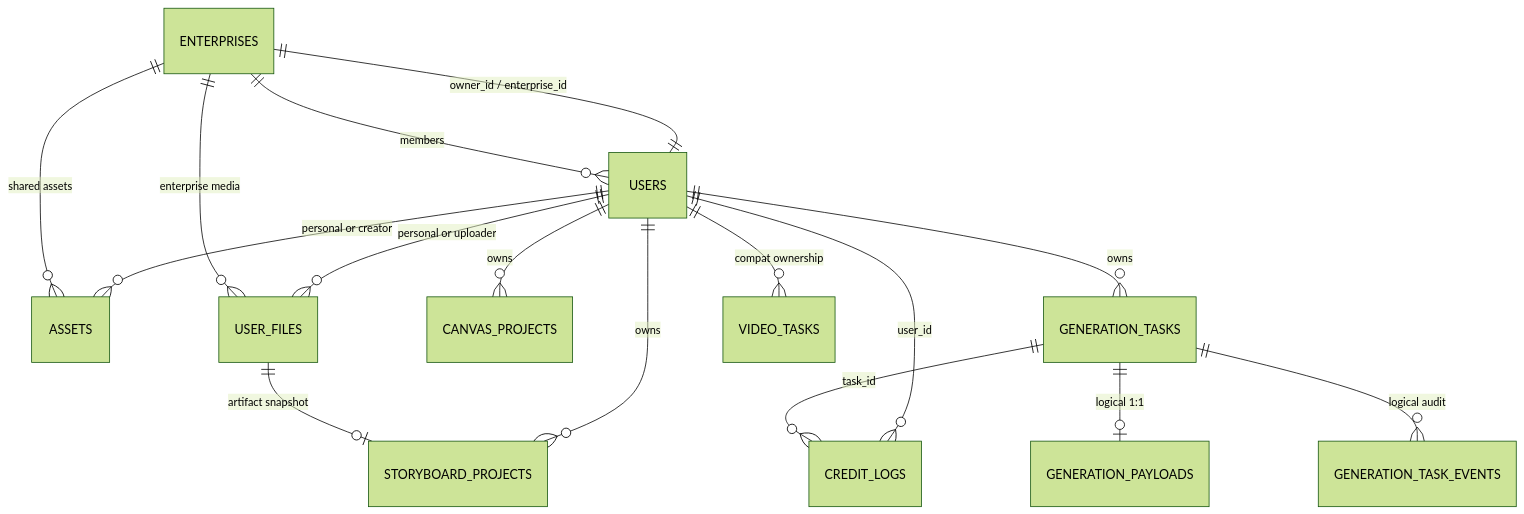
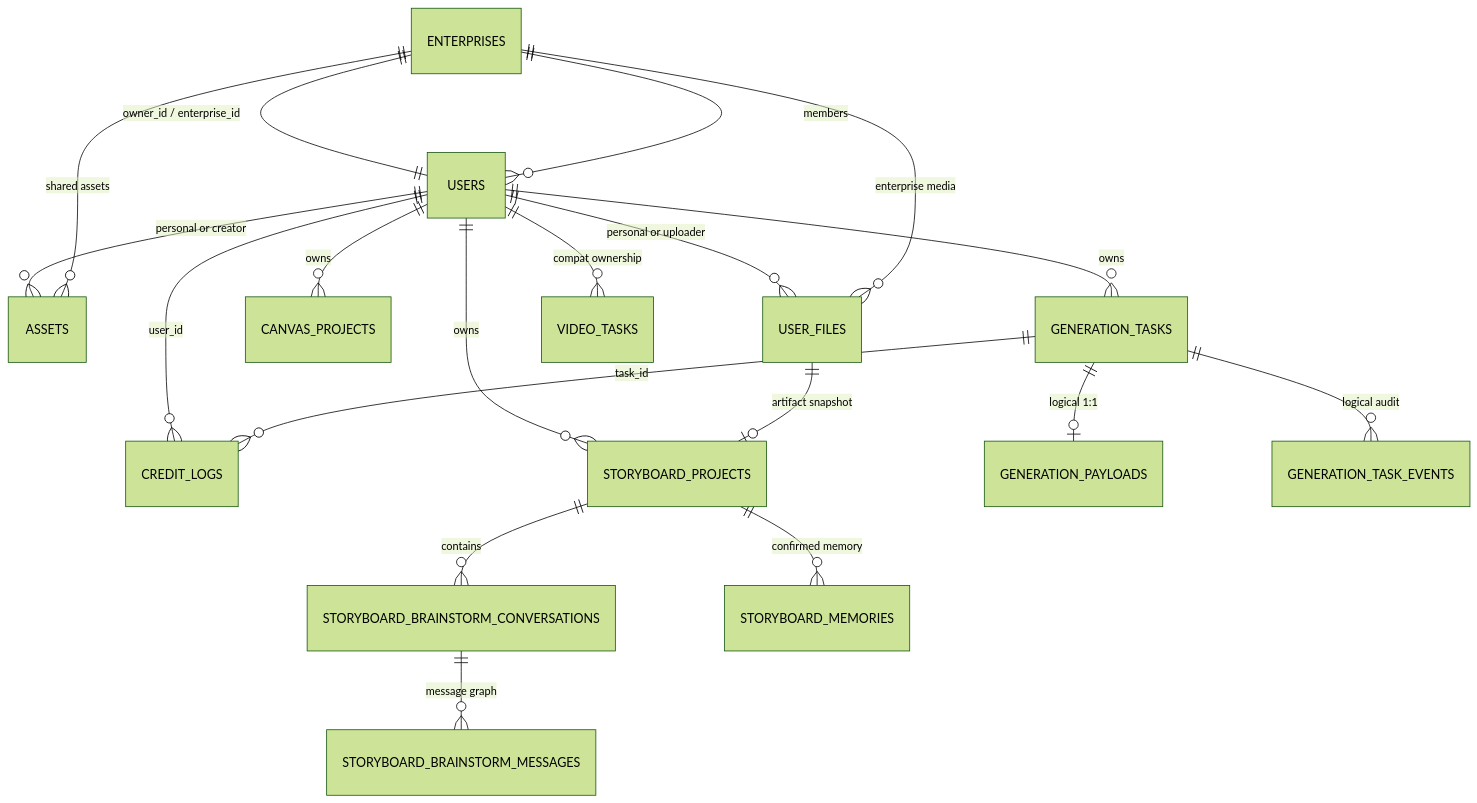
The diagram in .knowledge/database.md (WawoInk/wawo-canvas), drawn with Mermaid (forest theme) before and after one commit. The commit also changed other lines of this file and 8 other files, not shown here.

````diff
--- a/.knowledge/database.md
+++ b/.knowledge/database.md
@@ -40,18 +40,21 @@
 ```mermaid
 erDiagram
     ENTERPRISES ||--|| USERS : "owner_id / enterprise_id"
     ENTERPRISES ||--o{ USERS : "members"
     USERS ||--o{ CREDIT_LOGS : "user_id"
     USERS ||--o{ ASSETS : "personal or creator"
     ENTERPRISES ||--o{ ASSETS : "shared assets"
     USERS ||--o{ USER_FILES : "personal or uploader"
     ENTERPRISES ||--o{ USER_FILES : "enterprise media"
     USERS ||--o{ STORYBOARD_PROJECTS : "owns"
     USER_FILES ||--o| STORYBOARD_PROJECTS : "artifact snapshot"
+    STORYBOARD_PROJECTS ||--o{ STORYBOARD_BRAINSTORM_CONVERSATIONS : "contains"
+    STORYBOARD_BRAINSTORM_CONVERSATIONS ||--o{ STORYBOARD_BRAINSTORM_MESSAGES : "message graph"
+    STORYBOARD_PROJECTS ||--o{ STORYBOARD_MEMORIES : "confirmed memory"
     USERS ||--o{ CANVAS_PROJECTS : "owns"
     USERS ||--o{ GENERATION_TASKS : "owns"
     GENERATION_TASKS ||--o| GENERATION_PAYLOADS : "logical 1:1"
     GENERATION_TASKS ||--o{ GENERATION_TASK_EVENTS : "logical audit"
     GENERATION_TASKS ||--o{ CREDIT_LOGS : "task_id"
     USERS ||--o{ VIDEO_TASKS : "compat ownership"
 ```
````
